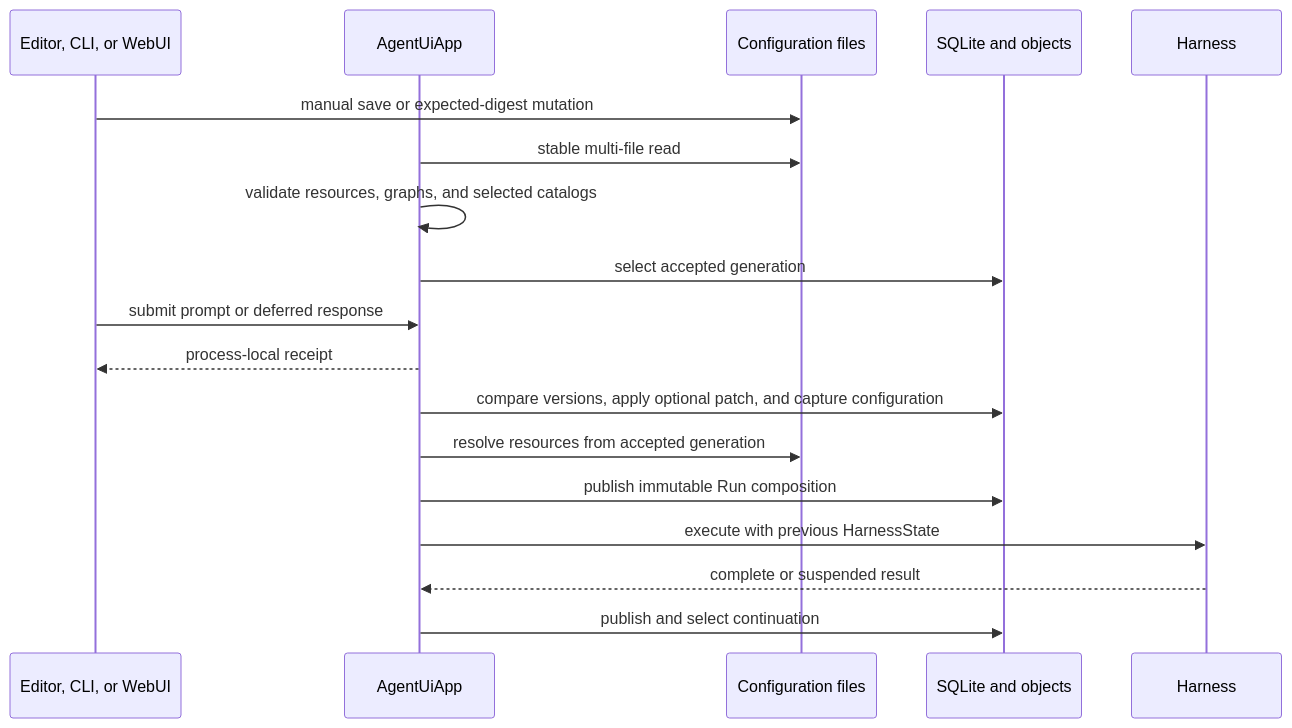
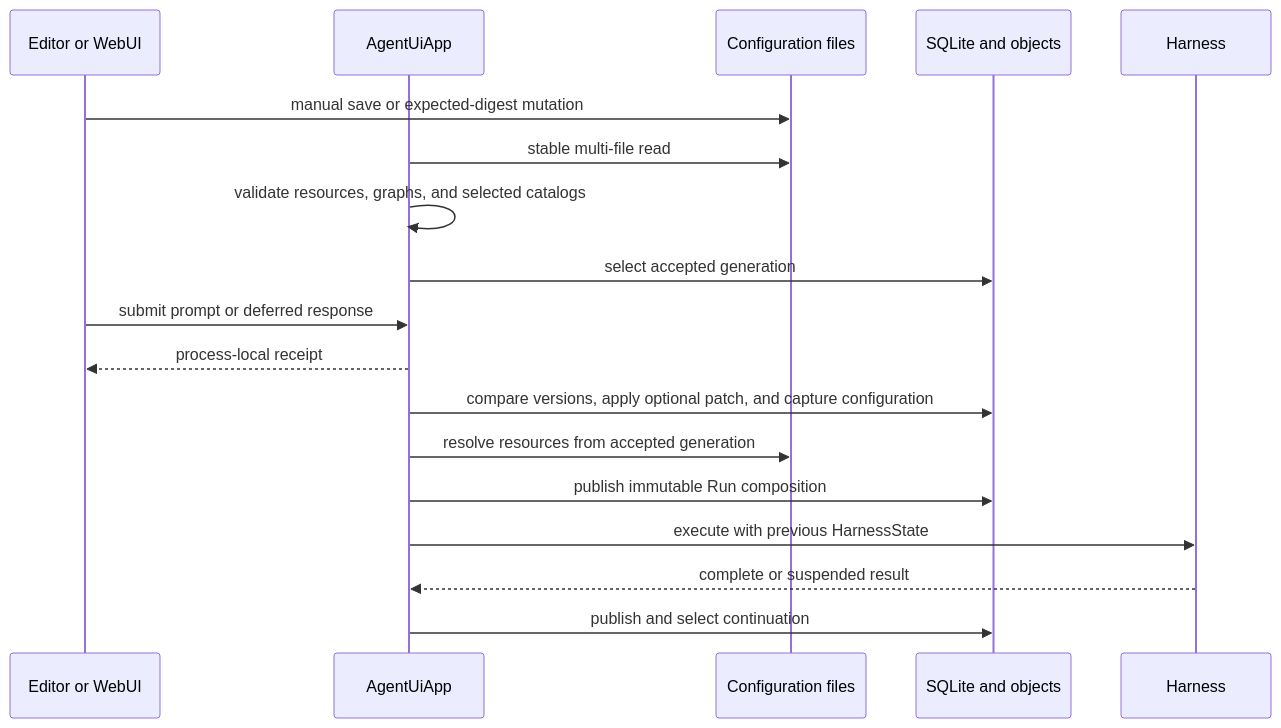
The second of 3 diagrams in spec/agent-ui/00-overview.md (LTThreeComma/agent-foundation), drawn with Mermaid before and after one commit. The commit also changed other lines of this file and 41 other files, not shown here.

````diff
--- a/spec/agent-ui/00-overview.md
+++ b/spec/agent-ui/00-overview.md
@@ -73,21 +73,21 @@
 ```mermaid
 sequenceDiagram
-    participant Editor as Editor, CLI, or WebUI
+    participant Editor as Editor or WebUI
     participant App as AgentUiApp
     participant Files as Configuration files
     participant Store as SQLite and objects
     participant Harness
 
     Editor->>Files: manual save or expected-digest mutation
     App->>Files: stable multi-file read
     App->>App: validate resources, graphs, and selected catalogs
     App->>Store: select accepted generation
     Editor->>App: submit prompt or deferred response
     App-->>Editor: process-local receipt
     App->>Store: compare versions, apply optional patch, and capture configuration
     App->>Files: resolve resources from accepted generation
     App->>Store: publish immutable Run composition
     App->>Harness: execute with previous HarnessState
     Harness-->>App: complete or suspended result
     App->>Store: publish and select continuation
 ```
````
